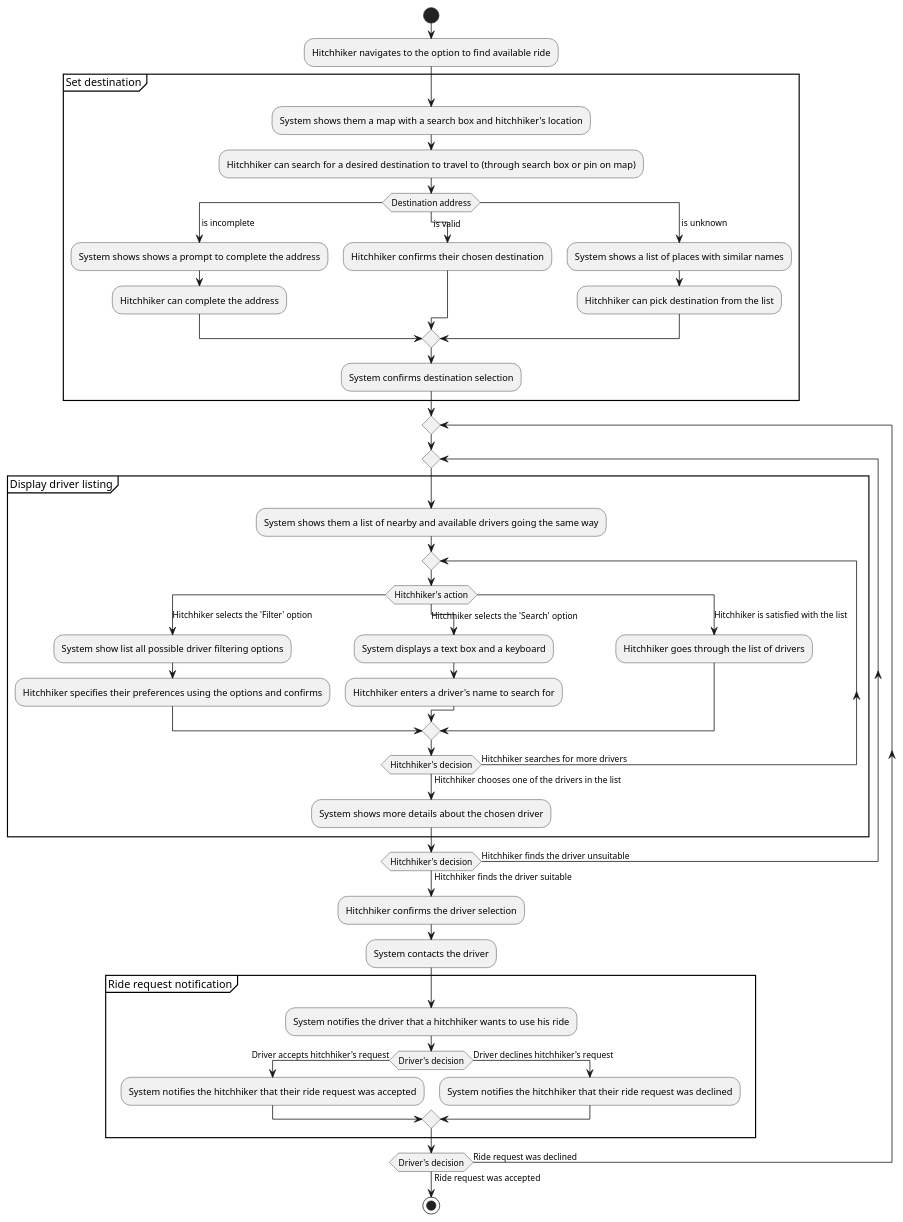
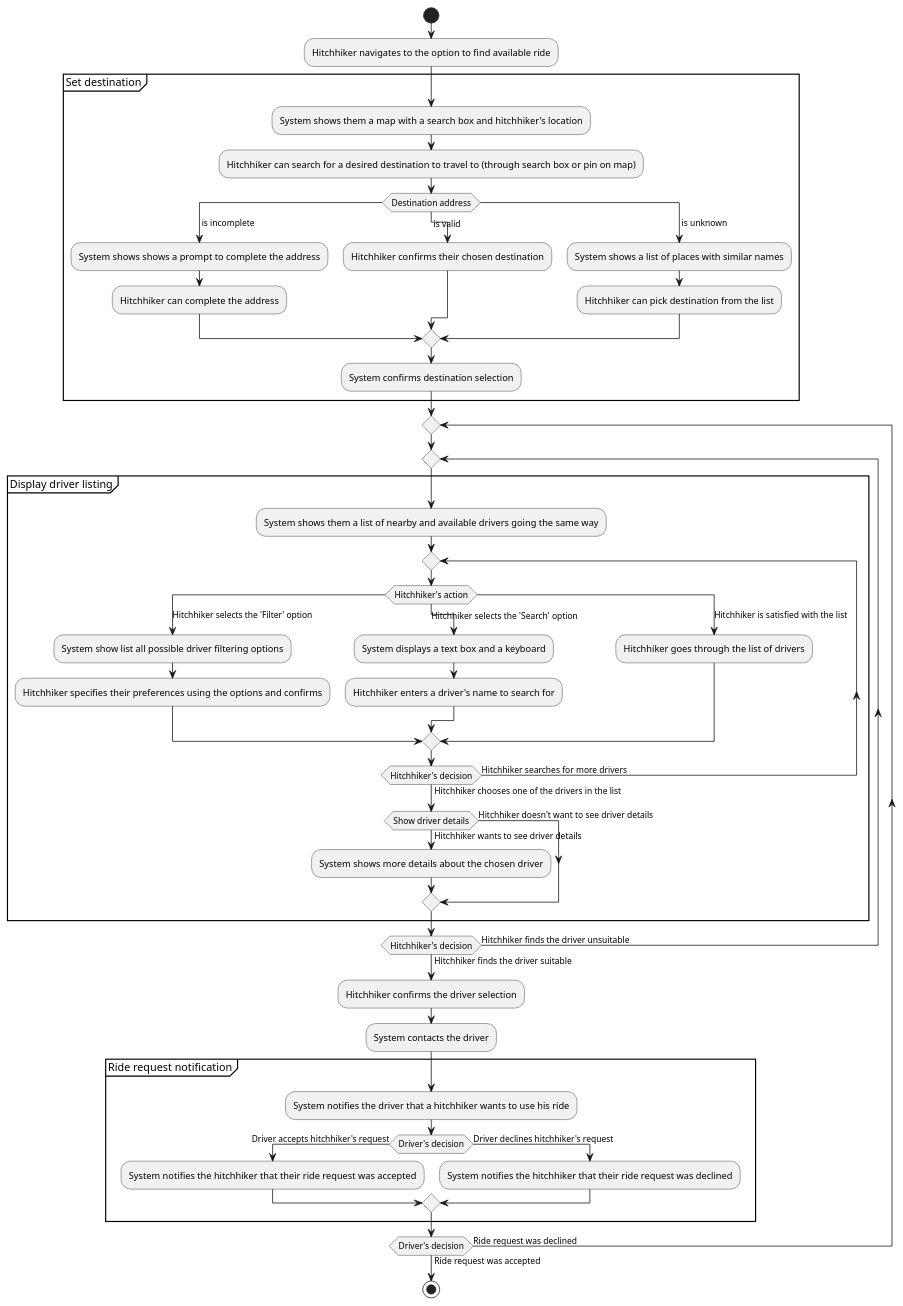
One commit to Kruchji/NSWI041 changed the diagram in documentation/uml/uml-activity-diagram-uc-001.plantuml. Above: the diagram before and after it, drawn with PlantUML. The commit also changed 1 other file, not shown here.

Commit message:
Update activity diagram for UC-001

```diff
--- a/documentation/uml/uml-activity-diagram-uc-001.plantuml
+++ b/documentation/uml/uml-activity-diagram-uc-001.plantuml
@@ -1,53 +1,56 @@
 @startuml
 start
 :Hitchhiker navigates to the option to find available ride;
 partition "Set destination"   {
     label set_destination
     :System shows them a map with a search box and hitchhiker's location;
     :Hitchhiker can search for a desired destination to travel to (through search box or pin on map);
     switch (Destination address)
         case ( is incomplete)
         :System shows shows a prompt to complete the address;
         :Hitchhiker can complete the address;
         case ( is valid)
         :Hitchhiker confirms their chosen destination;
         case ( is unknown)
         :System shows a list of places with similar names;
         :Hitchhiker can pick destination from the list;
     endswitch
     :System confirms destination selection;
 }
 repeat
     repeat
         partition "Display driver listing"   {
             label display_driver_listing
             :System shows them a list of nearby and available drivers going the same way;
             repeat
                 switch (Hitchhiker's action)
                     case (Hitchhiker selects the 'Filter' option)
                         :System show list all possible driver filtering options;
                         :Hitchhiker specifies their preferences using the options and confirms;
                     case (Hitchhiker selects the 'Search' option)
                         :System displays a text box and a keyboard;
                         :Hitchhiker enters a driver's name to search for;
                     case (Hitchhiker is satisfied with the list)
                         :Hitchhiker goes through the list of drivers;
                 endswitch
             repeat while (Hitchhiker's decision) is (Hitchhiker searches for more drivers) not (Hitchhiker chooses one of the drivers in the list)
-            :System shows more details about the chosen driver;
+            if (Show driver details) then (Hitchhiker wants to see driver details)
+                :System shows more details about the chosen driver;
+            else (Hitchhiker doesn't want to see driver details)
+            endif
         }
     repeat while (Hitchhiker's decision) is (Hitchhiker finds the driver unsuitable) not (Hitchhiker finds the driver suitable)
     :Hitchhiker confirms the driver selection;
     :System contacts the driver;
     partition "Ride request notification"   {
         label ride_request_notification
         :System notifies the driver that a hitchhiker wants to use his ride;
         if (Driver's decision) then (Driver accepts hitchhiker's request)
             :System notifies the hitchhiker that their ride request was accepted;
         else (Driver declines hitchhiker's request)
             :System notifies the hitchhiker that their ride request was declined;
         endif
     }
 repeat while (Driver's decision) is (Ride request was declined) not (Ride request was accepted)
 stop
 @enduml
```
